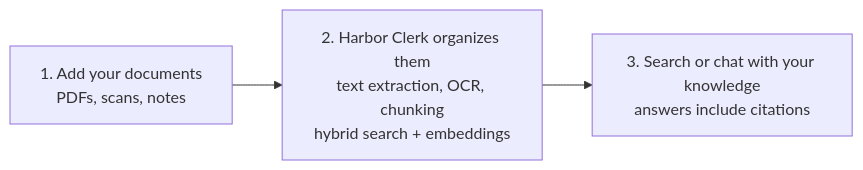
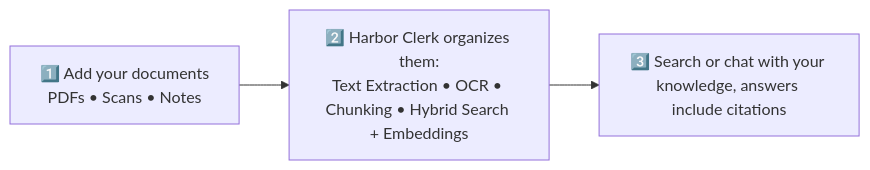
Before and after one commit to r0shi/harborclerk: the first of 2 diagrams in README.md, drawn with Mermaid.

Commit message:
docs: update How Harbor Clerk Works diagram labels

````diff
--- a/README.md
+++ b/README.md
@@ -34,7 +34,7 @@
 ```mermaid
 graph LR
-    docs["1. Add your documents<br/>PDFs, scans, notes"]
-    process["2. Harbor Clerk organizes them<br/>text extraction, OCR, chunking<br/>hybrid search + embeddings"]
-    ask["3. Search or chat with your knowledge<br/>answers include citations"]
+    docs["1️⃣ Add your documents<br/>PDFs • Scans • Notes"]
+    process["2️⃣ Harbor Clerk organizes them:<br/>Text Extraction • OCR • Chunking • Hybrid Search + Embeddings"]
+    ask["3️⃣ Search or chat with your knowledge, answers include citations"]
     docs --> process --> ask
 ```
````
